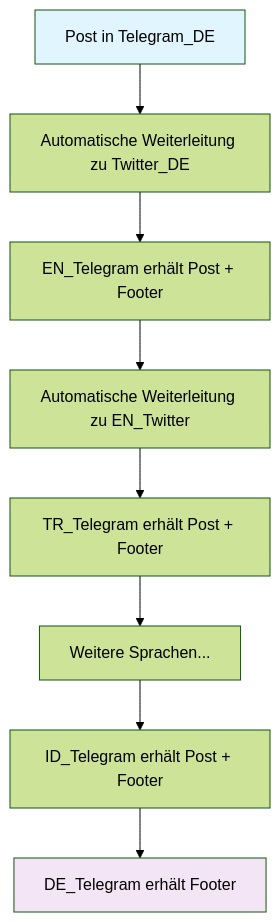
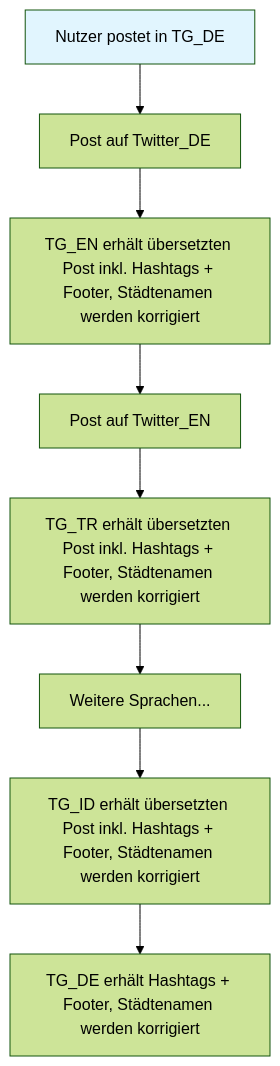
The first of 2 diagrams in docs/USAGE.md (militaernews/ptb-mn), drawn with Mermaid (forest theme) before and after one commit. The commit also changed other lines of this file and 2 other files, not shown here.

````diff
--- a/docs/USAGE.md
+++ b/docs/USAGE.md
@@ -23,13 +45,12 @@
 ```mermaid
 flowchart TD
-    A[Post in Telegram_DE] --> B[Automatische Weiterleitung zu Twitter_DE]
-    B --> C[EN_Telegram erhält Post + Footer]
-    C --> D[Automatische Weiterleitung zu EN_Twitter]
-    D --> E[TR_Telegram erhält Post + Footer]
+    A[Nutzer postet in TG_DE] --> B[Post auf Twitter_DE]
+    B --> C[TG_EN erhält übersetzten Post inkl. Hashtags + Footer, Städtenamen werden korrigiert]
+    C --> D[Post auf Twitter_EN]
+    D --> E[TG_TR erhält übersetzten Post inkl. Hashtags + Footer, Städtenamen werden korrigiert]
     E --> F[Weitere Sprachen...]
-    F --> G[ID_Telegram erhält Post + Footer]
-    G --> H[DE_Telegram erhält Footer]
+    F --> G[TG_ID erhält übersetzten Post inkl. Hashtags + Footer, Städtenamen werden korrigiert]
+    G --> H[TG_DE erhält Hashtags + Footer, Städtenamen werden korrigiert]
     
     style A fill:#e1f5fe
-    style H fill:#f3e5f5
 ```
````
